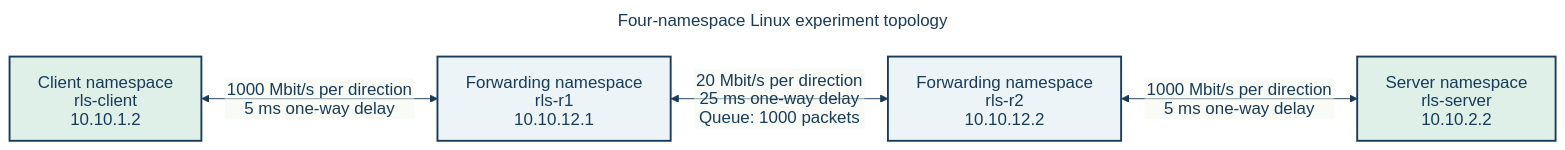
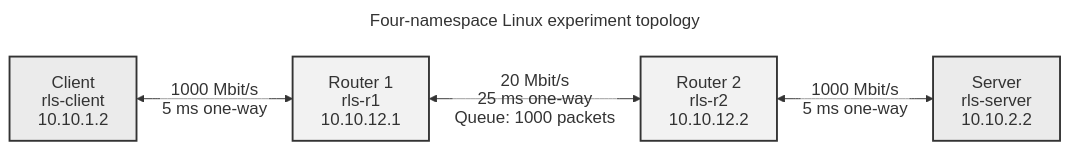
Before and after one commit to yoman12357/OSNT_Project: the diagram in results/report-source/diagrams/topology.mmd, drawn with Mermaid. The commit also changed 4 other files, not shown here.

```diff
--- a/results/report-source/diagrams/topology.mmd
+++ b/results/report-source/diagrams/topology.mmd
@@ -1,25 +1,28 @@
 ---
 title: Four-namespace Linux experiment topology
 config:
   htmlLabels: false
   theme: base
   themeVariables:
     fontFamily: Arial
     fontSize: 18px
-    primaryColor: '#edf4f8'
-    primaryTextColor: '#173b59'
-    primaryBorderColor: '#173b59'
-    lineColor: '#173b59'
+    primaryColor: '#f2f2f2'
+    primaryTextColor: '#333333'
+    primaryBorderColor: '#333333'
+    lineColor: '#333333'
+    edgeLabelBackground: '#ffffff'
+    secondaryColor: '#ffffff'
+    secondaryTextColor: '#333333'
 ---
 flowchart LR
-  C["Client namespace<br/>rls-client<br/>10.10.1.2"]
-  R1["Forwarding namespace<br/>rls-r1<br/>10.10.12.1"]
-  R2["Forwarding namespace<br/>rls-r2<br/>10.10.12.2"]
-  S["Server namespace<br/>rls-server<br/>10.10.2.2"]
-  C <-->|"1000 Mbit/s per direction<br/>5 ms one-way delay"| R1
-  R1 <-->|"20 Mbit/s per direction<br/>25 ms one-way delay<br/>Queue: 1000 packets"| R2
-  R2 <-->|"1000 Mbit/s per direction<br/>5 ms one-way delay"| S
-  classDef endpoint fill:#dff0e9,stroke:#173b59,color:#173b59,stroke-width:2px
-  classDef router fill:#edf4f8,stroke:#173b59,color:#173b59,stroke-width:2px
+  C["Client<br/>rls-client<br/>10.10.1.2"]
+  R1["Router 1<br/>rls-r1<br/>10.10.12.1"]
+  R2["Router 2<br/>rls-r2<br/>10.10.12.2"]
+  S["Server<br/>rls-server<br/>10.10.2.2"]
+  C <-->|"1000 Mbit/s<br/>5 ms one-way"| R1
+  R1 <-->|"20 Mbit/s<br/>25 ms one-way<br/>Queue: 1000 packets"| R2
+  R2 <-->|"1000 Mbit/s<br/>5 ms one-way"| S
+  classDef endpoint fill:#ebebeb,stroke:#333333,color:#333333,stroke-width:2px
+  classDef router fill:#f2f2f2,stroke:#333333,color:#333333,stroke-width:2px
   class C,S endpoint
   class R1,R2 router
```
